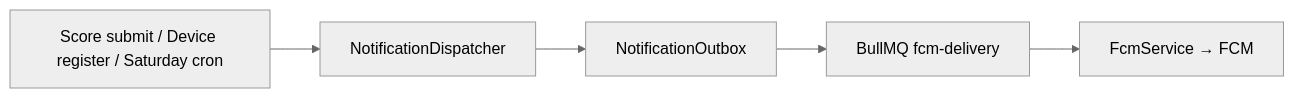
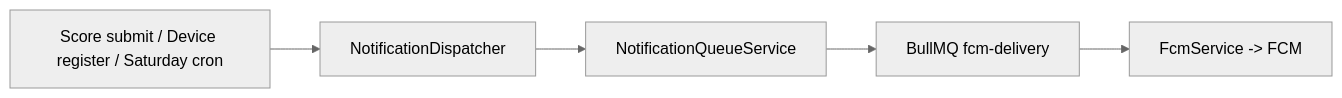
Before and after one commit to kevinvuong-mim/game-api: the third of 3 diagrams in documents/architecture/overview.md, drawn with Mermaid (neutral theme). The commit also changed other lines of this file and 36 other files, not shown here.

````diff
--- a/documents/architecture/overview.md
+++ b/documents/architecture/overview.md
@@ -108,7 +108,7 @@
 ```mermaid
 flowchart LR
     A[Score submit / Device register / Saturday cron] --> B[NotificationDispatcher]
-    B --> C[NotificationOutbox]
+    B --> C[NotificationQueueService]
     C --> D[BullMQ fcm-delivery]
-    D --> E[FcmService → FCM]
+    D --> E[FcmService -> FCM]
 ```
````
